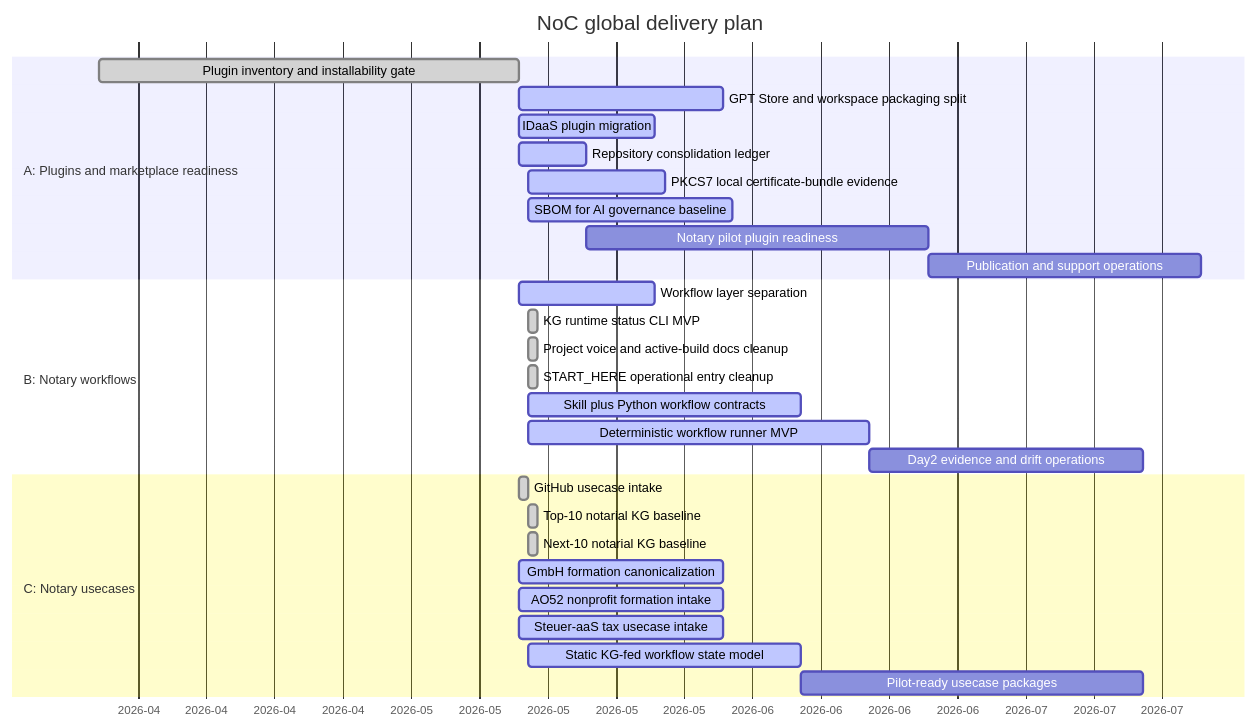
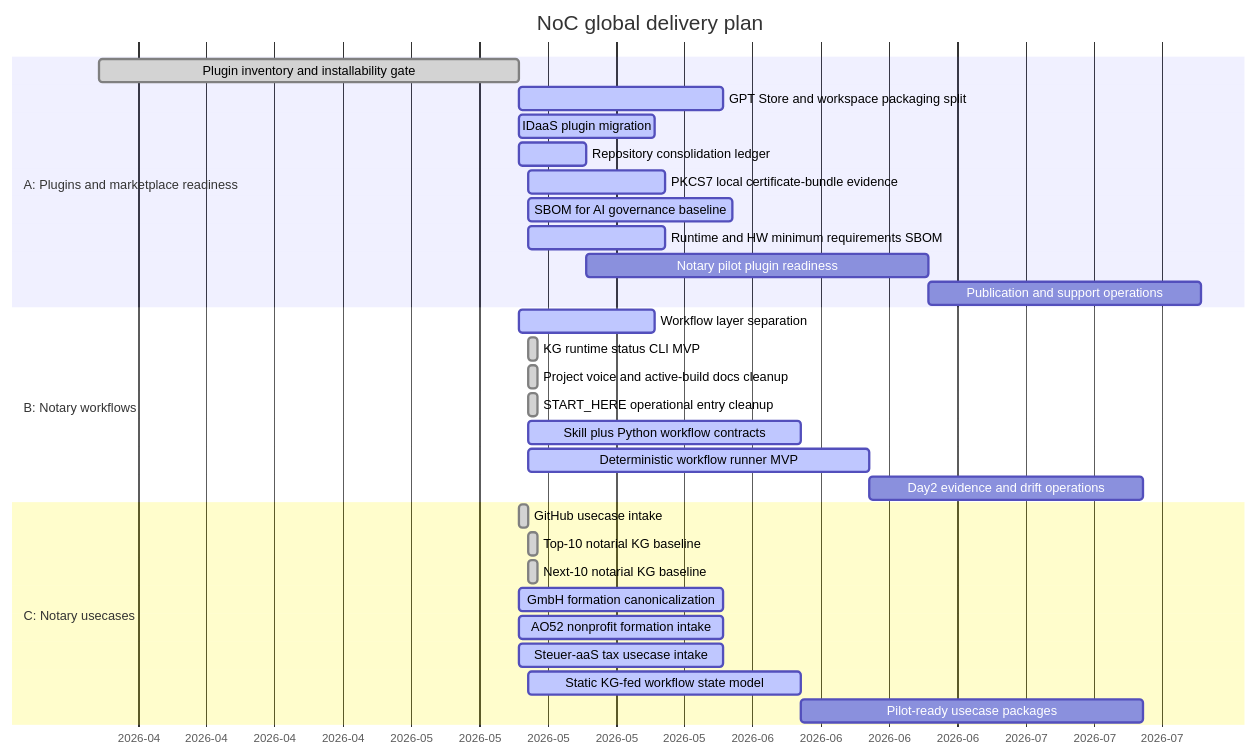
The diagram in roadmap/GANTT.md (notariat8/NaC), drawn with Mermaid before and after one commit. The commit also changed other lines of this file and 24 other files, not shown here.

Commit message:
Add minimum requirements SBOM baseline

````diff
--- a/roadmap/GANTT.md
+++ b/roadmap/GANTT.md
@@ -12,35 +12,36 @@
 ```mermaid
 gantt
     title NoC global delivery plan
     dateFormat  YYYY-MM-DD
     axisFormat  %Y-%m
 
     section A: Plugins and marketplace readiness
     Plugin inventory and installability gate     :done,    a1, 2026-04-01, 2026-05-14
     GPT Store and workspace packaging split      :active,  a2, 2026-05-14, 21d
     IDaaS plugin migration                       :active,  a3, 2026-05-14, 14d
     Repository consolidation ledger              :active,  a4, 2026-05-14, 7d
     PKCS7 local certificate-bundle evidence      :active,  a4a, 2026-05-15, 14d
     SBOM for AI governance baseline              :active,  a4b, 2026-05-15, 21d
+    Runtime and HW minimum requirements SBOM     :active,  a4c, 2026-05-15, 14d
     Notary pilot plugin readiness                :         a5, after a4, 35d
     Publication and support operations           :         a6, after a5, 28d
 
     section B: Notary workflows
     Workflow layer separation                    :active,  b1, 2026-05-14, 14d
     KG runtime status CLI MVP                    :done,    b1a, 2026-05-15, 1d
     Project voice and active-build docs cleanup  :done,    b1b, 2026-05-15, 1d
     START_HERE operational entry cleanup         :done,    b1c, 2026-05-15, 1d
     Skill plus Python workflow contracts         :active,  b2, 2026-05-15, 28d
     Deterministic workflow runner MVP            :active,  b3, 2026-05-15, 35d
     Day2 evidence and drift operations           :         b4, after b3, 28d
 
     section C: Notary usecases
     GitHub usecase intake                        :done,    c1, 2026-05-14, 1d
     Top-10 notarial KG baseline                  :done,    c2, 2026-05-15, 1d
     Next-10 notarial KG baseline                 :done,    c3, 2026-05-15, 1d
     GmbH formation canonicalization              :active,  c4, 2026-05-14, 21d
     AO52 nonprofit formation intake              :active,  c5, 2026-05-14, 21d
     Steuer-aaS tax usecase intake                :active,  c6, 2026-05-14, 21d
     Static KG-fed workflow state model           :active,  c7, 2026-05-15, 28d
     Pilot-ready usecase packages                 :         c8, after c7, 35d
 ```
````
